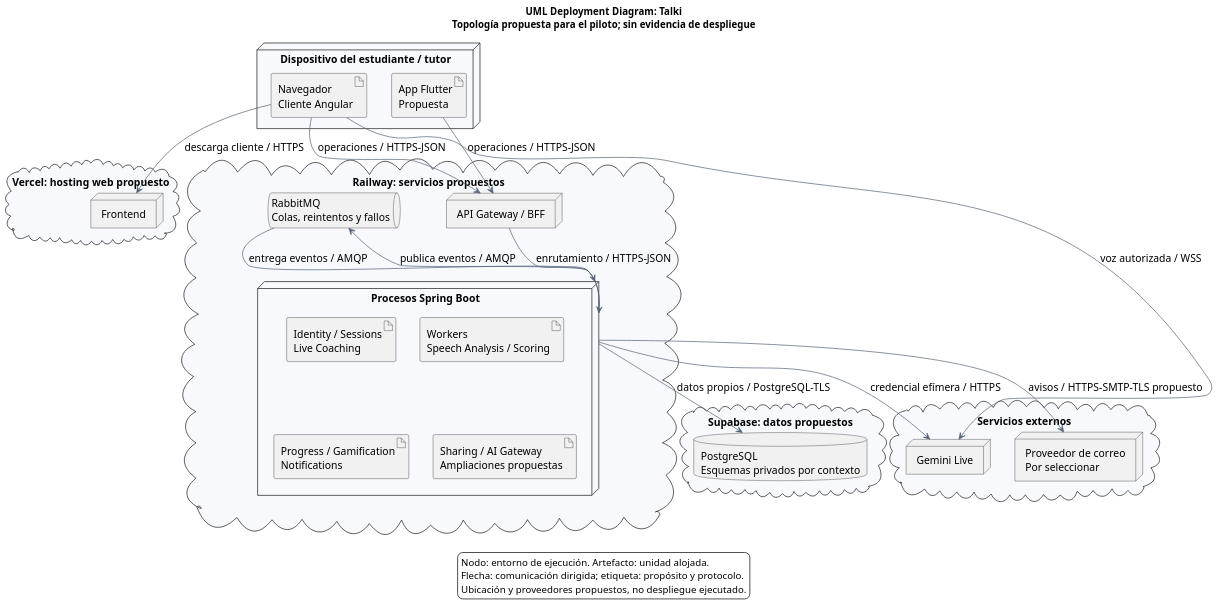
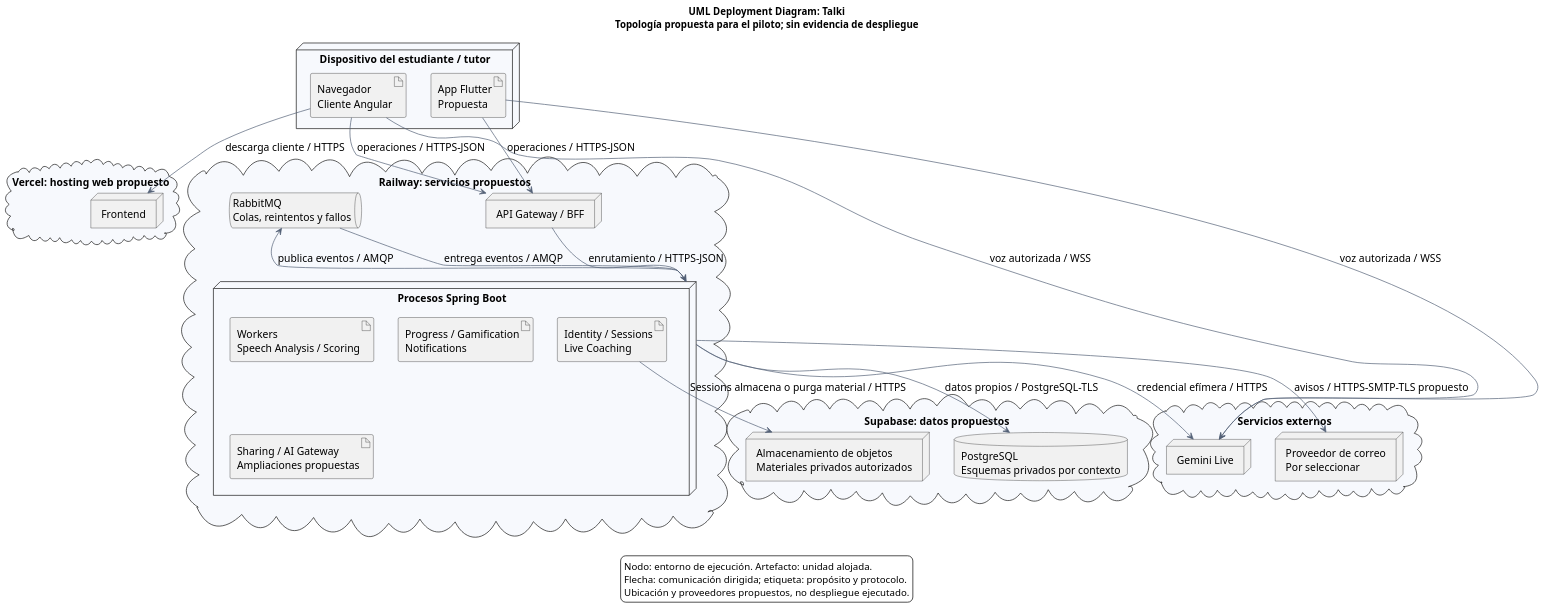
The diagram in assets/diagrams/c4/deployment.puml (upc-pre-202620-si728-16365-thropic/talki-project-report), drawn with PlantUML before and after one commit. The commit also changed 2 other files, not shown here.

Commit message:
docs(architecture): alinea idioma, materiales y voz móvil
Alinea C-03 y AD-C03 con el diseño de interfaz bilingüe y separa el idioma de conversación. El despliegue representa el almacenamiento privado de Sessions y el canal WSS del cliente móvil. Topología propuesta, sin acreditar despliegue ejecutado.

```diff
--- a/assets/diagrams/c4/deployment.puml
+++ b/assets/diagrams/c4/deployment.puml
@@ -1,57 +1,60 @@
 @startuml
 skinparam defaultFontName Arial
 skinparam defaultFontSize 15
 skinparam shadowing false
 skinparam componentStyle uml2
 skinparam backgroundColor white
 skinparam componentBackgroundColor #EAF0FF
 skinparam componentBorderColor #1749B5
 skinparam ArrowColor #536177
 skinparam packageBackgroundColor #F7F9FD
 skinparam dpi 130
 skinparam nodesep 35
 skinparam ranksep 50
 title
 UML Deployment Diagram: Talki
 Topología propuesta para el piloto; sin evidencia de despliegue
 end title
 node "Dispositivo del estudiante / tutor" {
   artifact "Navegador\nCliente Angular" as browser
   artifact "App Flutter\nPropuesta" as mobile
 }
 cloud "Vercel: hosting web propuesto" {
   node "Frontend" as frontend
 }
 cloud "Railway: servicios propuestos" {
   node "API Gateway / BFF" as gateway
   node "Procesos Spring Boot" as services {
     artifact "Identity / Sessions\nLive Coaching" as core
     artifact "Workers\nSpeech Analysis / Scoring" as workers
     artifact "Progress / Gamification\nNotifications" as support
     artifact "Sharing / AI Gateway\nAmpliaciones propuestas" as extension
   }
   queue "RabbitMQ\nColas, reintentos y fallos" as broker
 }
 cloud "Supabase: datos propuestos" {
   database "PostgreSQL\nEsquemas privados por contexto" as pg
+  node "Almacenamiento de objetos\nMateriales privados autorizados" as storage
 }
 cloud "Servicios externos" {
   node "Gemini Live" as ai
   node "Proveedor de correo\nPor seleccionar" as mail
 }
 browser --> frontend : descarga cliente / HTTPS
 browser --> gateway : operaciones / HTTPS-JSON
 mobile --> gateway : operaciones / HTTPS-JSON
 gateway --> services : enrutamiento / HTTPS-JSON
 services --> broker : publica eventos / AMQP
 broker --> services : entrega eventos / AMQP
 services --> pg : datos propios / PostgreSQL-TLS
+core --> storage : Sessions almacena o purga material / HTTPS
 services --> ai : credencial efímera / HTTPS
 browser -[norank]-> ai : voz autorizada / WSS
+mobile -[norank]-> ai : voz autorizada / WSS
 services --> mail : avisos / HTTPS-SMTP-TLS propuesto
 legend bottom
 Nodo: entorno de ejecución. Artefacto: unidad alojada.
 Flecha: comunicación dirigida; etiqueta: propósito y protocolo.
 Ubicación y proveedores propuestos, no despliegue ejecutado.
 endlegend
 @enduml
```
